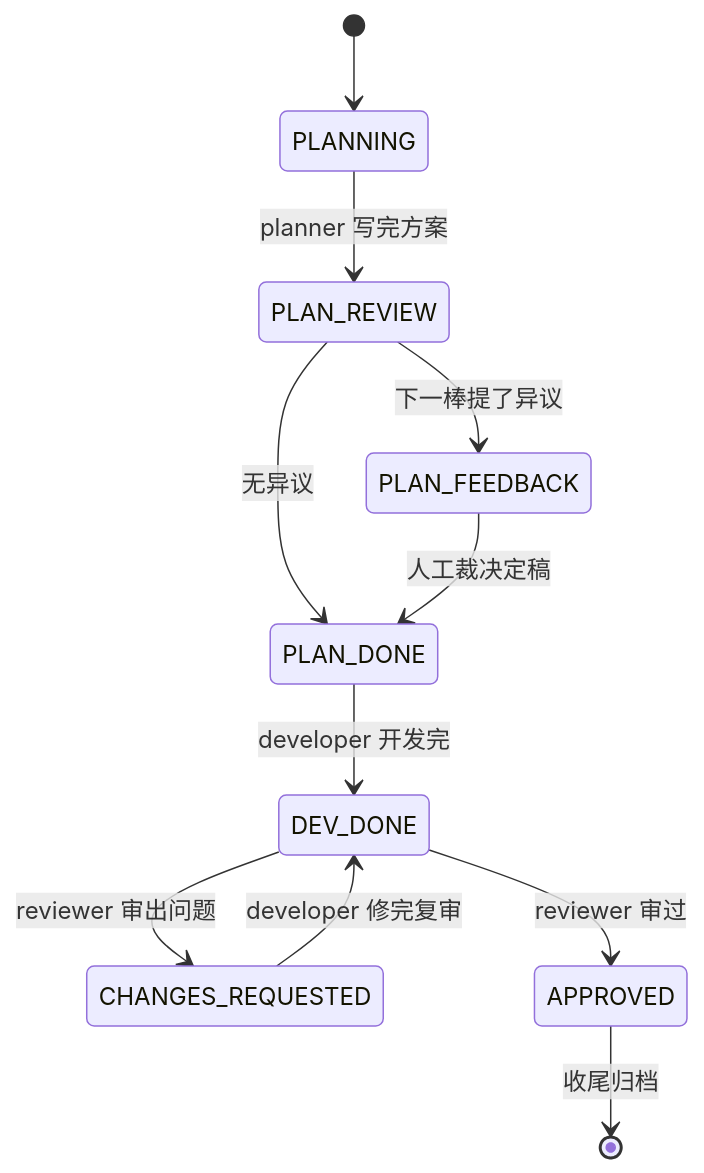
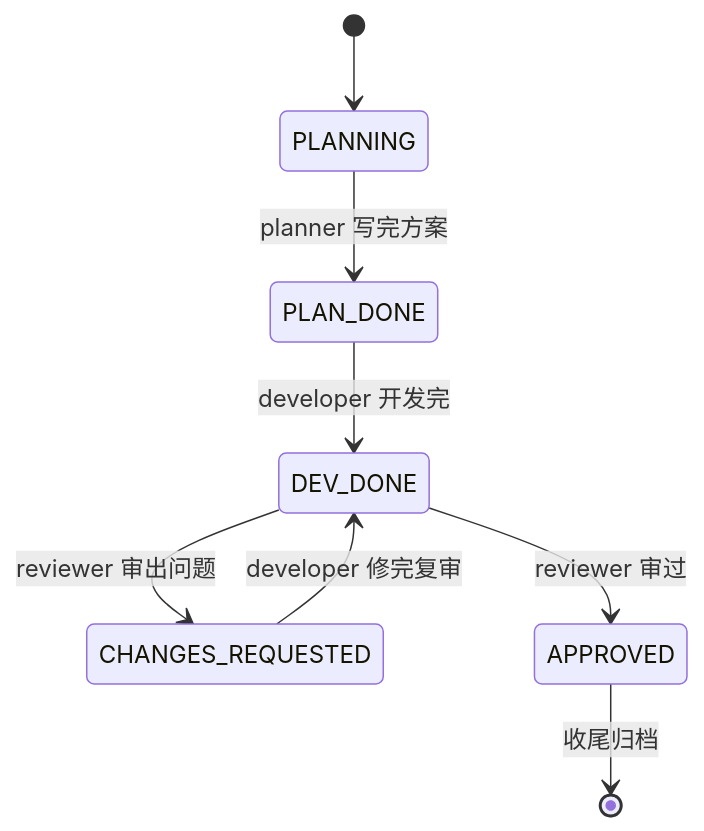
One commit to Fu-fangteng/agent-emperor changed the diagram in core/status-machine/README.md. Above: the diagram before and after it, drawn with Mermaid. The commit also changed other lines of this file and 14 other files, not shown here.

````diff
--- a/core/status-machine/README.md
+++ b/core/status-machine/README.md
@@ -13,13 +13,10 @@
 ```mermaid
 stateDiagram-v2
     [*] --> PLANNING
-    PLANNING --> PLAN_REVIEW: planner 写完方案
-    PLAN_REVIEW --> PLAN_FEEDBACK: 下一棒提了异议
-    PLAN_REVIEW --> PLAN_DONE: 无异议
-    PLAN_FEEDBACK --> PLAN_DONE: 人工裁决定稿
+    PLANNING --> PLAN_DONE: planner 写完方案
     PLAN_DONE --> DEV_DONE: developer 开发完
     DEV_DONE --> CHANGES_REQUESTED: reviewer 审出问题
     DEV_DONE --> APPROVED: reviewer 审过
     CHANGES_REQUESTED --> DEV_DONE: developer 修完复审
     APPROVED --> [*]: 收尾归档
 ```
````
